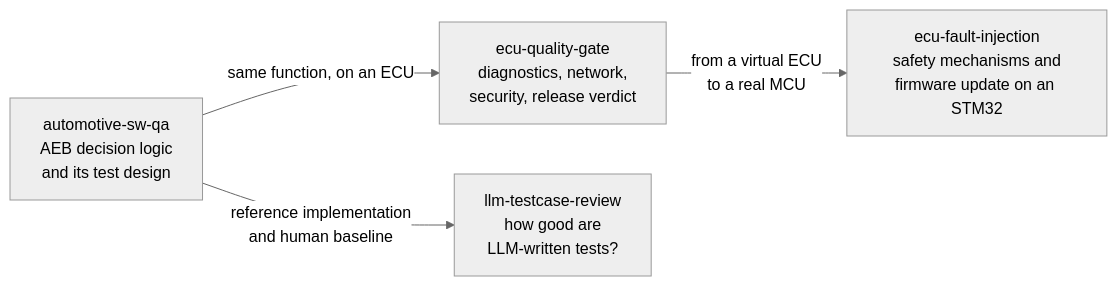
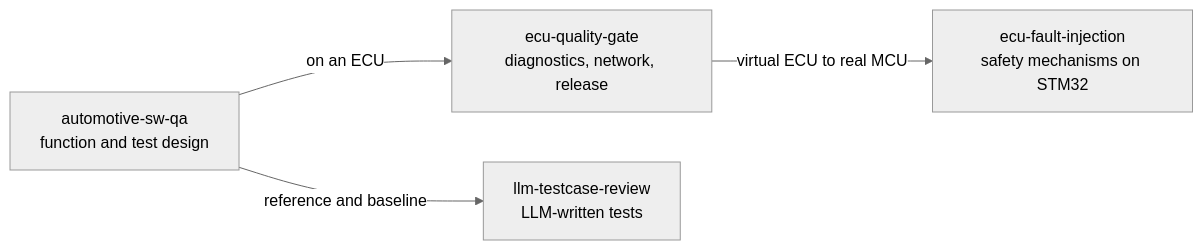
The diagram in README.md (eungyun-im/eungyun-im), drawn with Mermaid (neutral theme) before and after one commit. The commit also changed other lines of this file, not shown here.

````diff
--- a/README.md
+++ b/README.md
@@ -37,6 +28,6 @@
 ```mermaid
 flowchart LR
-    A[automotive-sw-qa<br>AEB decision logic<br>and its test design] -- same function, on an ECU --> B[ecu-quality-gate<br>diagnostics, network,<br>security, release verdict]
-    A -- reference implementation<br>and human baseline --> C[llm-testcase-review<br>how good are<br>LLM-written tests?]
-    B -- from a virtual ECU<br>to a real MCU --> D[ecu-fault-injection<br>safety mechanisms and<br>firmware update on an STM32]
+    A[automotive-sw-qa<br>function and test design] -- on an ECU --> B[ecu-quality-gate<br>diagnostics, network, release]
+    A -- reference and baseline --> C[llm-testcase-review<br>LLM-written tests]
+    B -- virtual ECU to real MCU --> D[ecu-fault-injection<br>safety mechanisms on STM32]
 ```
````
